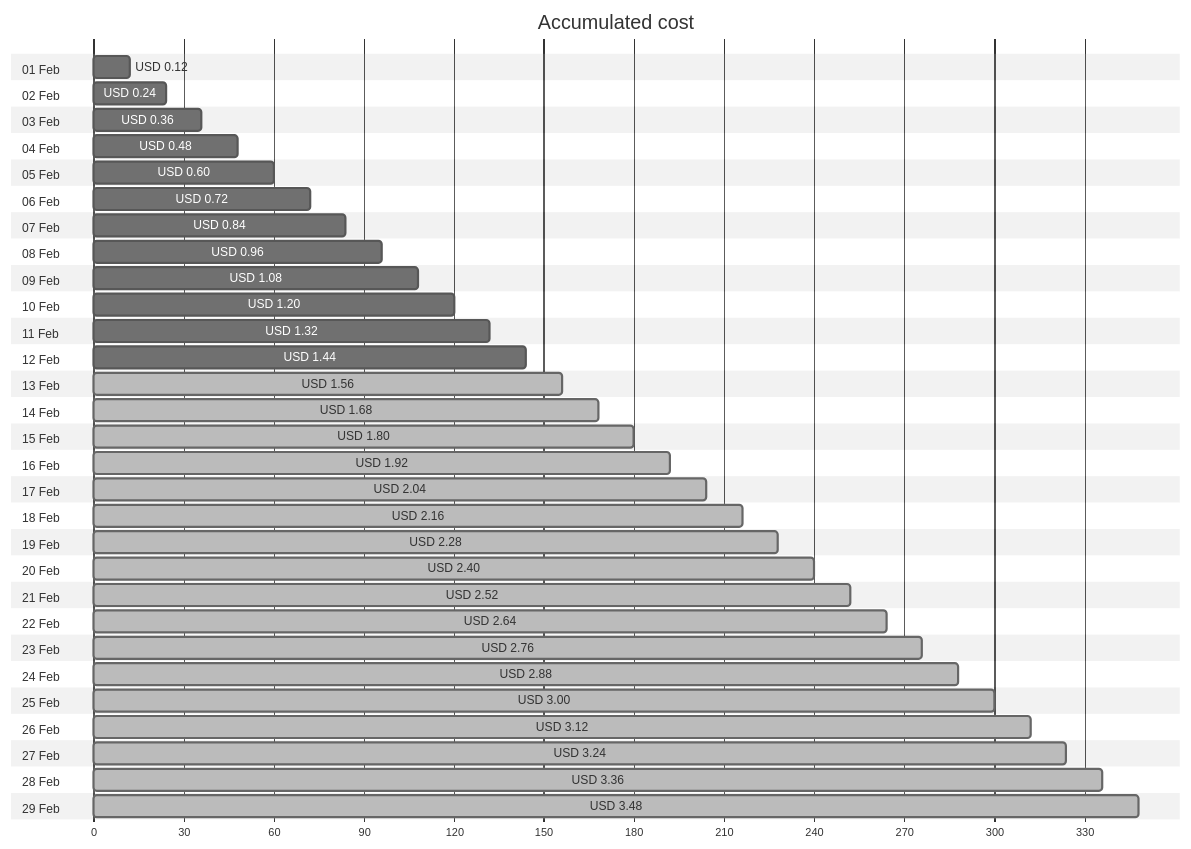
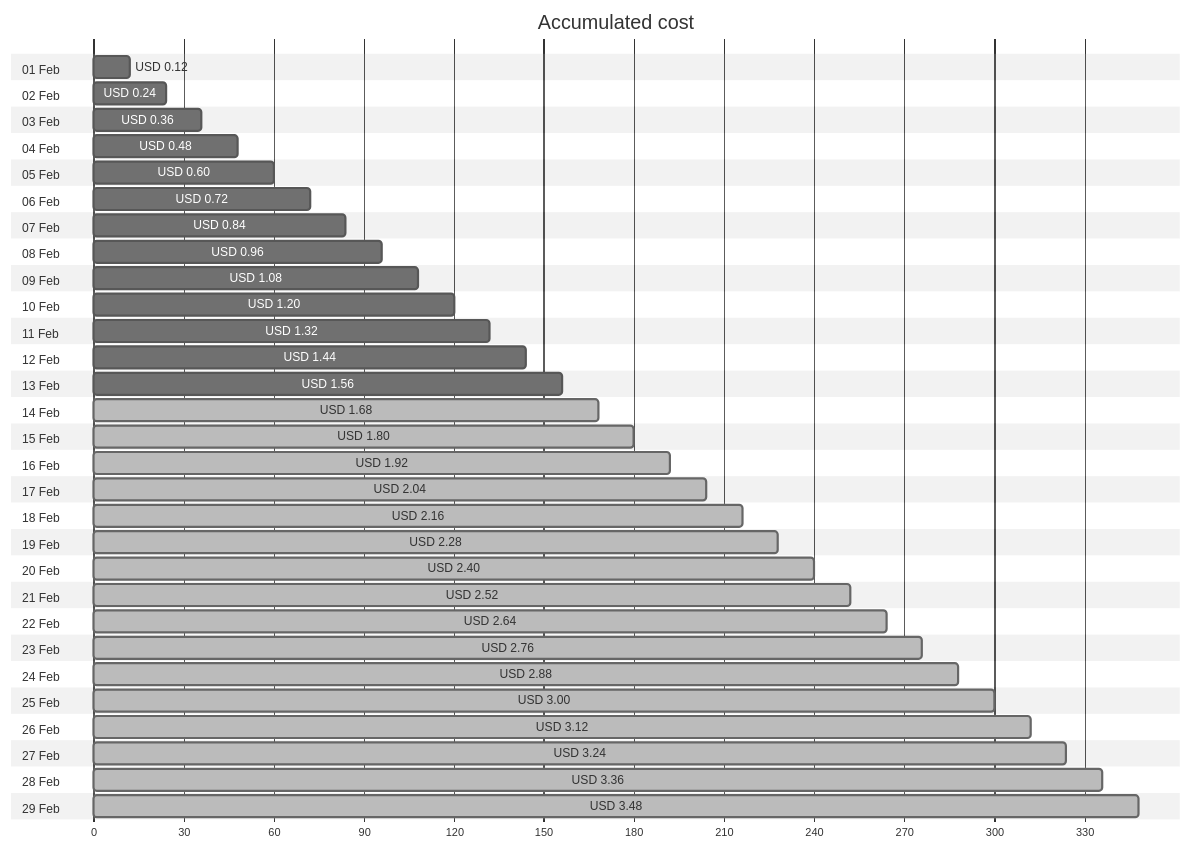
One commit to jpfulton/azure-personal-reports changed the first of 4 diagrams in cost-reports/personal-network/backup-server-public-ip.md. Above: the diagram before and after it, drawn with Mermaid (neutral theme). The commit also changed other lines of this file and 8 other files, not shown here.

````diff
--- a/cost-reports/personal-network/backup-server-public-ip.md
+++ b/cost-reports/personal-network/backup-server-public-ip.md
@@ -20,64 +20,64 @@
 ```mermaid
 gantt
    title Accumulated cost
    dateFormat  X
    axisFormat %s
    section 01 Feb
    USD 0.12 :0, 12
    section 02 Feb
    USD 0.24 :0, 24
    section 03 Feb
    USD 0.36 :0, 36
    section 04 Feb
    USD 0.48 :0, 48
    section 05 Feb
    USD 0.60 :0, 60
    section 06 Feb
    USD 0.72 :0, 72
    section 07 Feb
    USD 0.84 :0, 84
    section 08 Feb
    USD 0.96 :0, 96
    section 09 Feb
    USD 1.08 :0, 108
    section 10 Feb
    USD 1.20 :0, 120
    section 11 Feb
    USD 1.32 :0, 132
    section 12 Feb
    USD 1.44 :0, 144
    section 13 Feb
-   USD 1.56 : done, 0, 156
+   USD 1.56 :0, 156
    section 14 Feb
    USD 1.68 : done, 0, 168
    section 15 Feb
    USD 1.80 : done, 0, 180
    section 16 Feb
    USD 1.92 : done, 0, 192
    section 17 Feb
    USD 2.04 : done, 0, 204
    section 18 Feb
    USD 2.16 : done, 0, 216
    section 19 Feb
    USD 2.28 : done, 0, 228
    section 20 Feb
    USD 2.40 : done, 0, 240
    section 21 Feb
    USD 2.52 : done, 0, 252
    section 22 Feb
    USD 2.64 : done, 0, 264
    section 23 Feb
    USD 2.76 : done, 0, 276
    section 24 Feb
    USD 2.88 : done, 0, 288
    section 25 Feb
    USD 3.00 : done, 0, 300
    section 26 Feb
    USD 3.12 : done, 0, 312
    section 27 Feb
    USD 3.24 : done, 0, 324
    section 28 Feb
    USD 3.36 : done, 0, 336
    section 29 Feb
    USD 3.48 : done, 0, 348
 ```
````
